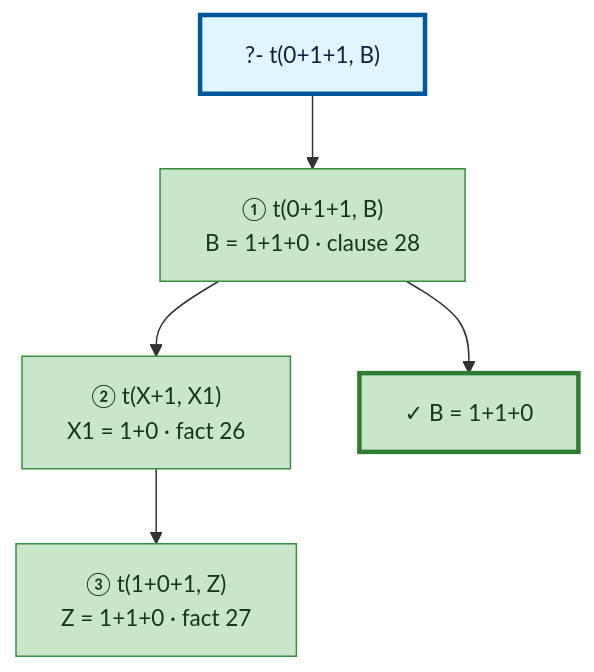
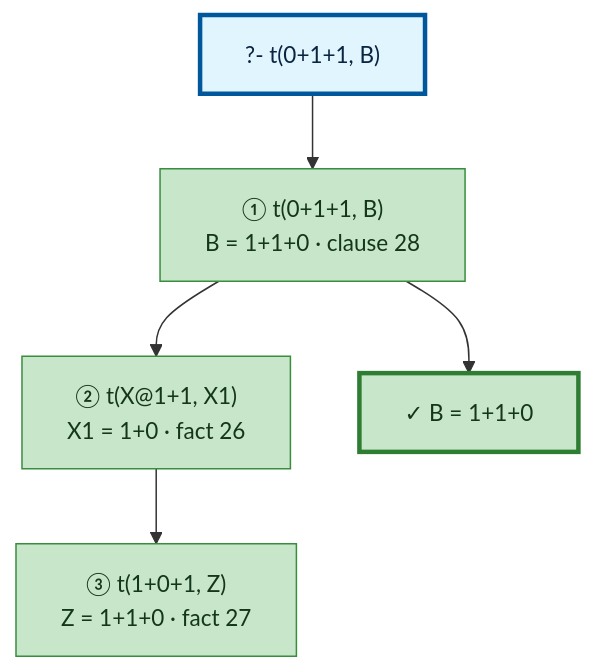
The diagram in examples/3_3_operators-output.md (textologylabs/prolog-trace-viz), drawn with Mermaid before and after one commit. The commit also changed other lines of this file and 9 other files, not shown here.

````diff
--- a/examples/3_3_operators-output.md
+++ b/examples/3_3_operators-output.md
@@ -50,24 +50,24 @@
 ```mermaid
 %%{init: {'flowchart': {'nodeSpacing': 46, 'rankSpacing': 50}, 'themeVariables': {'fontSize': '15px'}}}%%
 graph TD
 
 %% Nodes
 A["?- t(0+1+1, B)"]
 B["① t(0+1+1, B)<br/>B = 1+1+0 · clause 28"]
-C["② t(X+1, X1)<br/>X1 = 1+0 · fact 26"]
+C["② t(X@1+1, X1)<br/>X1 = 1+0 · fact 26"]
 D["③ t(1+0+1, Z)<br/>Z = 1+1+0 · fact 27"]
 E["✓ B = 1+1+0"]
 
 %% Flow
 A --> B
 B --> C
 C --> D
 B --> E
 
 %% Styles
 style A fill:#e1f5ff,stroke:#01579b,stroke-width:3px,color:#0b2440
 style B fill:#c8e6c9,stroke:#388e3c,color:#14361a
 style C fill:#c8e6c9,stroke:#388e3c,color:#14361a
 style D fill:#c8e6c9,stroke:#388e3c,color:#14361a
 style E fill:#c8e6c9,stroke:#2e7d32,stroke-width:3px,color:#14361a
 ```
````
